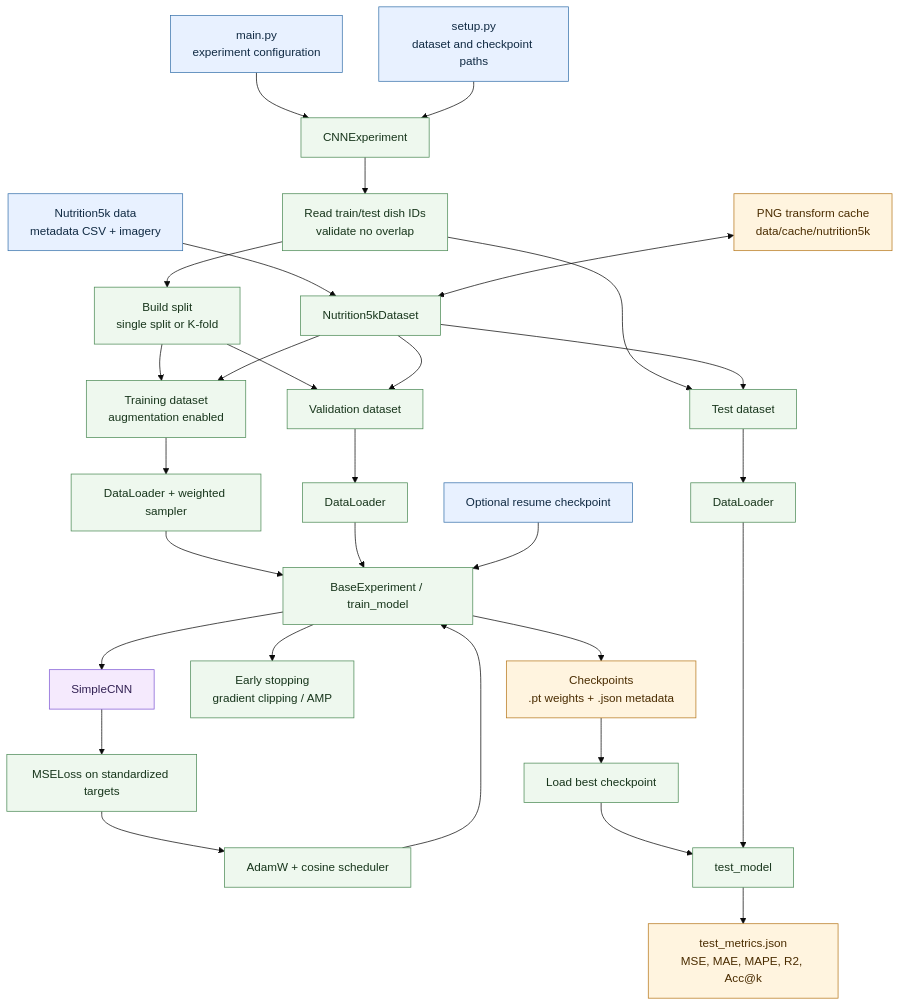
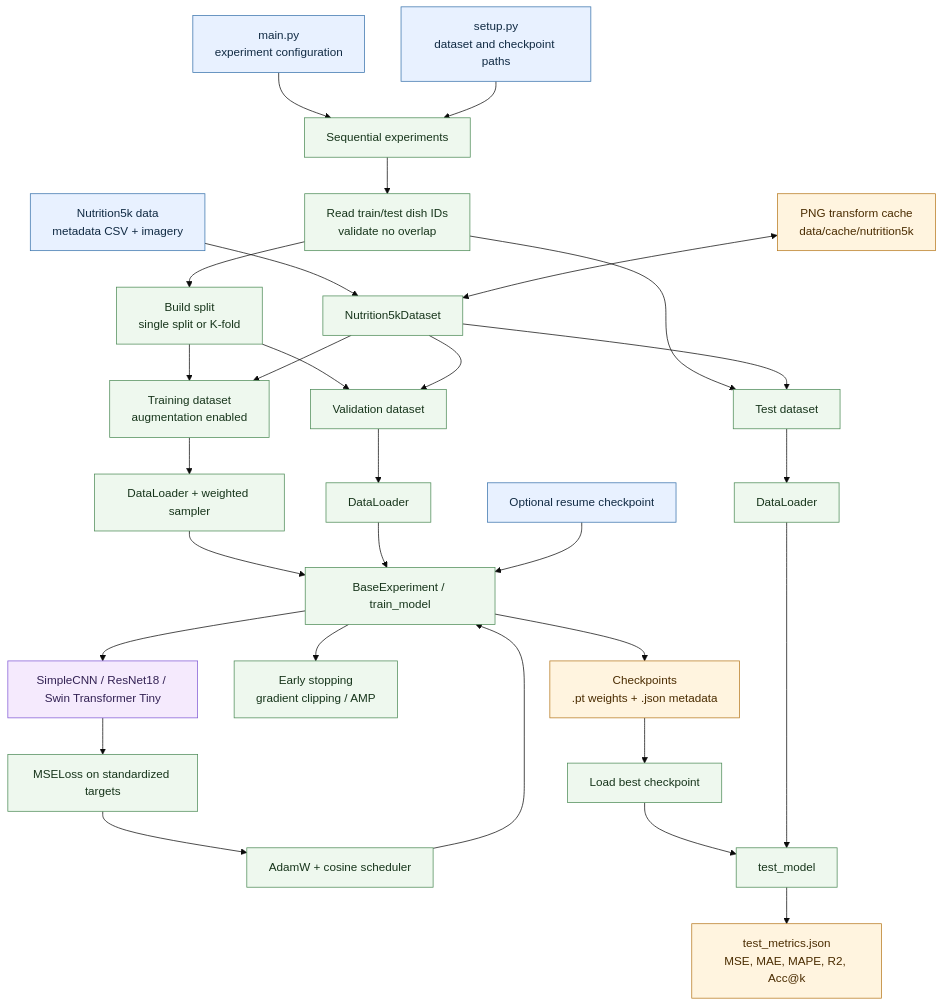
Before and after one commit to IvanLzhk/Nutrition5k_comparison: the first of 2 diagrams in docs/architecture.md, drawn with Mermaid (base theme). The commit also changed other lines of this file and 1 other file, not shown here.

Commit message:
Refactor main.py to support multiple model experiments; streamline experiment setup and update model handling in architecture documentation.

````diff
--- a/docs/architecture.md
+++ b/docs/architecture.md
@@ -7,45 +7,45 @@
 ```mermaid
 flowchart TD
-    entry["main.py<br/>experiment configuration"] --> experiment["CNNExperiment"]
+    entry["main.py<br/>experiment configuration"] --> experiment["Sequential experiments"]
     config["setup.py<br/>dataset and checkpoint paths"] --> experiment
 
     experiment --> ids["Read train/test dish IDs<br/>validate no overlap"]
     ids --> split["Build split<br/>single split or K-fold"]
 
     data["Nutrition5k data<br/>metadata CSV + imagery"] --> dataset["Nutrition5kDataset"]
     cache["PNG transform cache<br/>data/cache/nutrition5k"] <--> dataset
     split --> trainData["Training dataset<br/>augmentation enabled"]
     split --> validationData["Validation dataset"]
     ids --> testData["Test dataset"]
     trainData --> trainLoader["DataLoader + weighted sampler"]
     validationData --> validationLoader["DataLoader"]
     testData --> testLoader["DataLoader"]
     dataset --> trainData
     dataset --> validationData
     dataset --> testData
 
     trainLoader --> trainer["BaseExperiment / train_model"]
     validationLoader --> trainer
-    trainer --> model["SimpleCNN"]
+    trainer --> model["SimpleCNN / ResNet18 / Swin Transformer Tiny"]
     model --> loss["MSELoss on standardized targets"]
     loss --> optimizer["AdamW + cosine scheduler"]
     optimizer --> trainer
     trainer --> stopping["Early stopping<br/>gradient clipping / AMP"]
     trainer --> checkpoints["Checkpoints<br/>.pt weights + .json metadata"]
     resume["Optional resume checkpoint"] --> trainer
 
     checkpoints --> reload["Load best checkpoint"]
     reload --> evaluator["test_model"]
     testLoader --> evaluator
     evaluator --> metrics["test_metrics.json<br/>MSE, MAE, MAPE, R2, Acc@k"]
 
     classDef source fill:#e8f1ff,stroke:#3973ac,color:#102a43
     classDef process fill:#eef8ee,stroke:#4d8b57,color:#17351b
     classDef storage fill:#fff4df,stroke:#b7791f,color:#4a2c00
     classDef model fill:#f5eafd,stroke:#805ad5,color:#322153
 
     class entry,config,data,resume source
     class experiment,ids,split,dataset,trainData,validationData,testData,trainLoader,validationLoader,testLoader,trainer,loss,optimizer,stopping,reload,evaluator process
     class cache,checkpoints,metrics storage
     class model model
 ```
````
